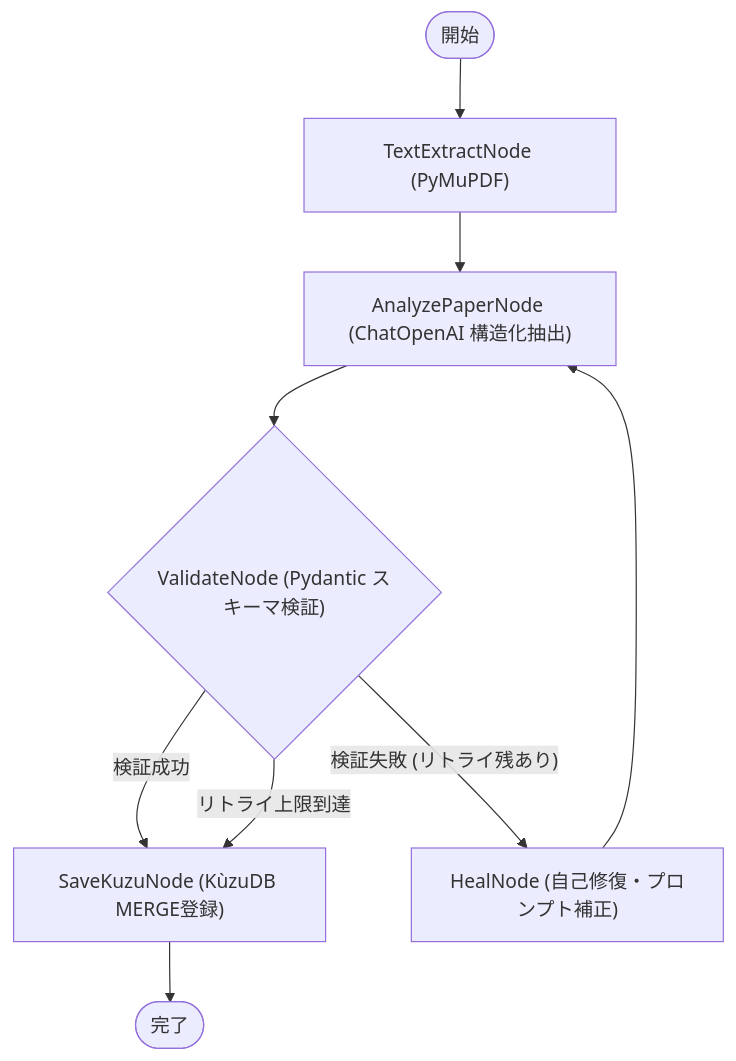
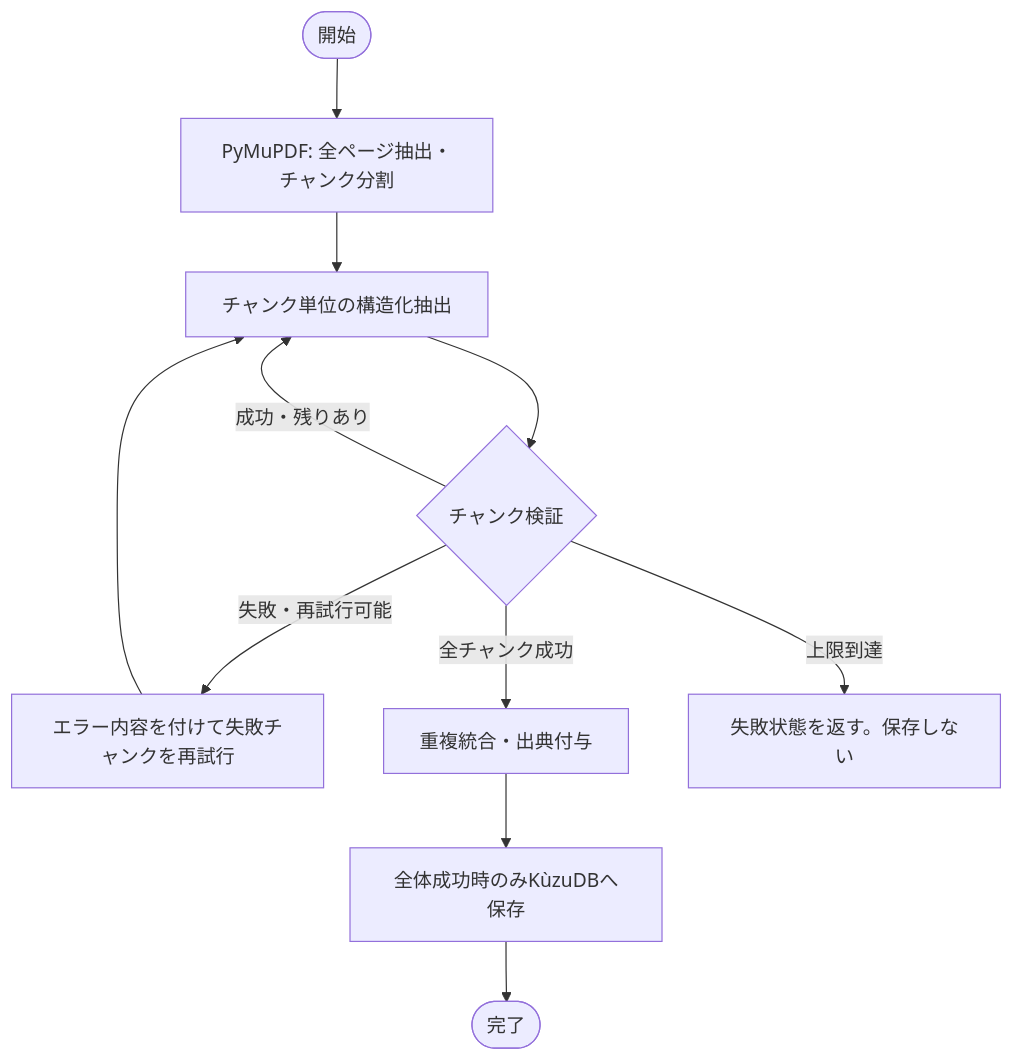
One commit to K-T126/arxiv-ocr-langgraph changed the first of 2 diagrams in README.md. Above: the diagram before and after it, drawn with Mermaid. The commit also changed other lines of this file and 1 other file, not shown here.

Commit message:
Fixed extraction quality and retry issues during ingestion.

````diff
--- a/README.md
+++ b/README.md
@@ -38,11 +38,13 @@
 ```mermaid
 flowchart TD
-    Start([開始]) --> ExtractText["TextExtractNode (PyMuPDF)"]
-    ExtractText --> AnalyzePaper["AnalyzePaperNode (ChatOpenAI 構造化抽出)"]
-    AnalyzePaper --> ValidateAnalysis{"ValidateNode (Pydantic スキーマ検証)"}
-    ValidateAnalysis -- "検証成功" --> SaveKuzu["SaveKuzuNode (KùzuDB MERGE登録)"]
-    ValidateAnalysis -- "検証失敗 (リトライ残あり)" --> Heal["HealNode (自己修復・プロンプト補正)"]
-    Heal --> AnalyzePaper
-    ValidateAnalysis -- "リトライ上限到達" --> SaveKuzu
-    SaveKuzu --> End([完了])
+    Start([開始]) --> ExtractText["PyMuPDF: 全ページ抽出・チャンク分割"]
+    ExtractText --> AnalyzeChunk["チャンク単位の構造化抽出"]
+    AnalyzeChunk --> Validate{"チャンク検証"}
+    Validate -- "成功・残りあり" --> AnalyzeChunk
+    Validate -- "失敗・再試行可能" --> Heal["エラー内容を付けて失敗チャンクを再試行"]
+    Heal --> AnalyzeChunk
+    Validate -- "全チャンク成功" --> Merge["重複統合・出典付与"]
+    Merge --> Save["全体成功時のみKùzuDBへ保存"]
+    Validate -- "上限到達" --> Failed["失敗状態を返す。保存しない"]
+    Save --> End([完了])
 ```
````
